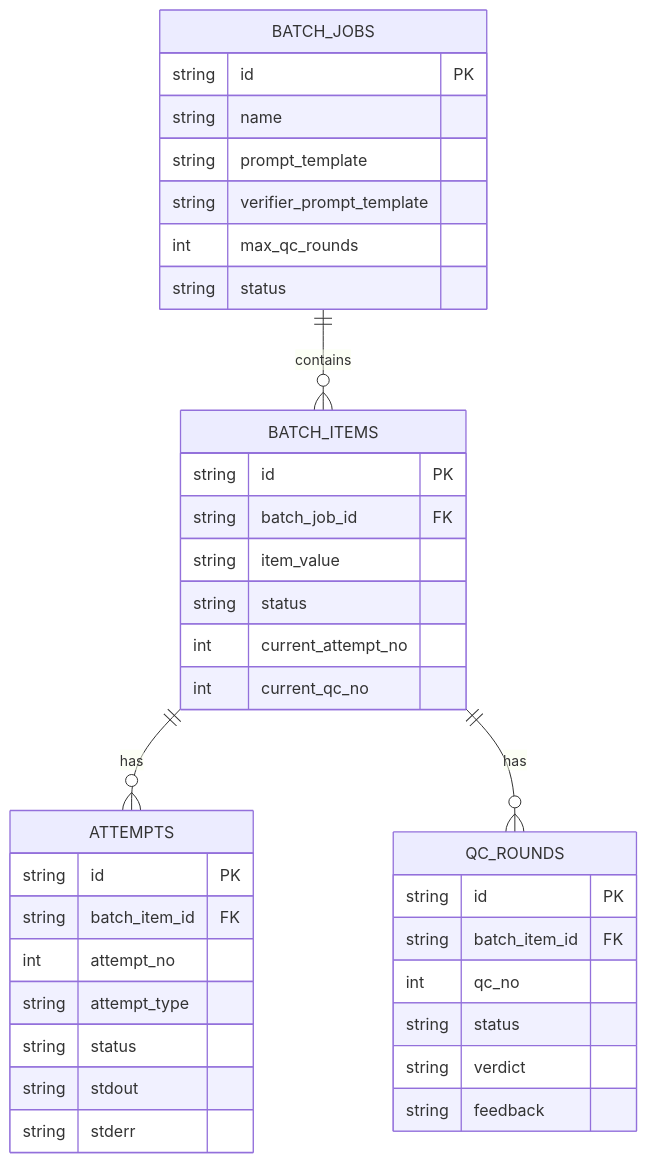
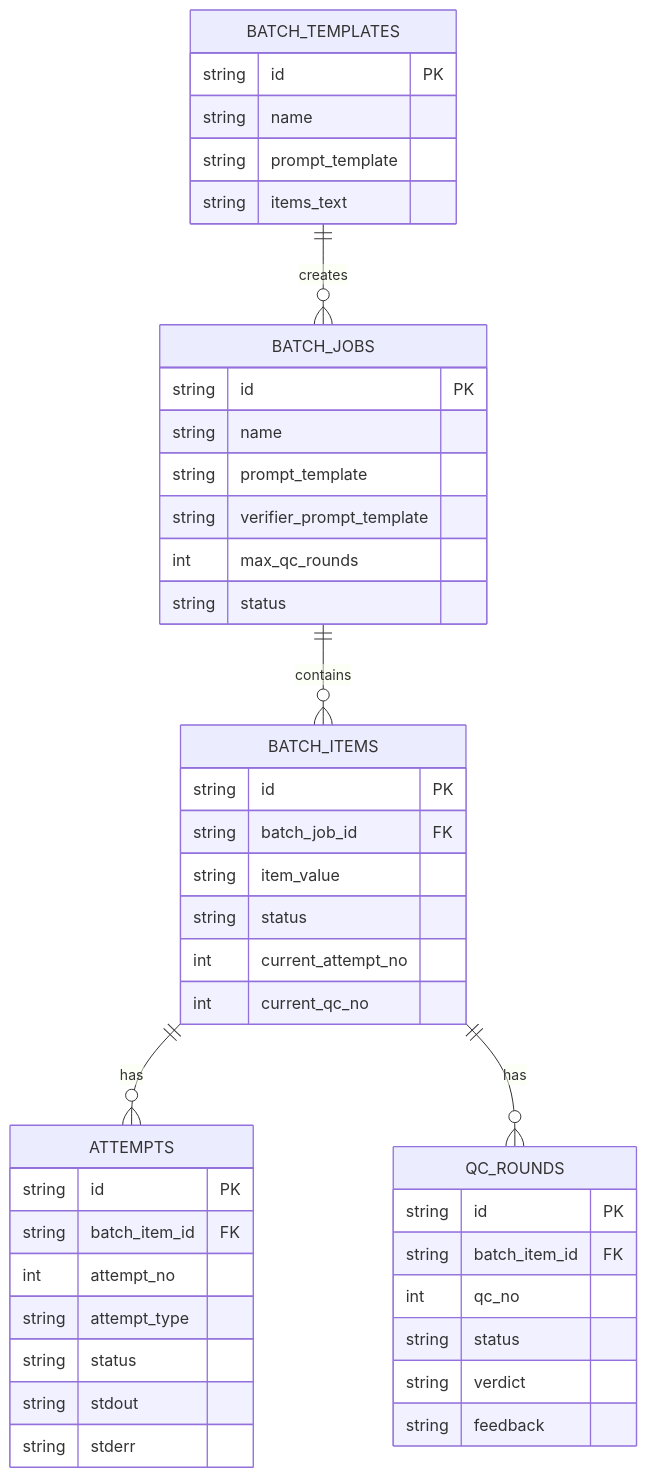
One commit to limecloud/qcloop changed the first of 4 diagrams in docs/PRD.md. Above: the diagram before and after it, drawn with Mermaid. The commit also changed other lines of this file and 35 other files, not shown here.

````diff
--- a/docs/PRD.md
+++ b/docs/PRD.md
@@ -205,43 +241,51 @@
 ```mermaid
 erDiagram
     BATCH_JOBS ||--o{ BATCH_ITEMS : contains
     BATCH_ITEMS ||--o{ ATTEMPTS : has
     BATCH_ITEMS ||--o{ QC_ROUNDS : has
+    BATCH_TEMPLATES ||--o{ BATCH_JOBS : creates
     
     BATCH_JOBS {
         string id PK
         string name
         string prompt_template
         string verifier_prompt_template
         int max_qc_rounds
         string status
     }
     
     BATCH_ITEMS {
         string id PK
         string batch_job_id FK
         string item_value
         string status
         int current_attempt_no
         int current_qc_no
     }
     
     ATTEMPTS {
         string id PK
         string batch_item_id FK
         int attempt_no
         string attempt_type
         string status
         string stdout
         string stderr
     }
     
     QC_ROUNDS {
         string id PK
         string batch_item_id FK
         int qc_no
         string status
         string verdict
         string feedback
     }
+
+    BATCH_TEMPLATES {
+        string id PK
+        string name
+        string prompt_template
+        string items_text
+    }
 ```
````
